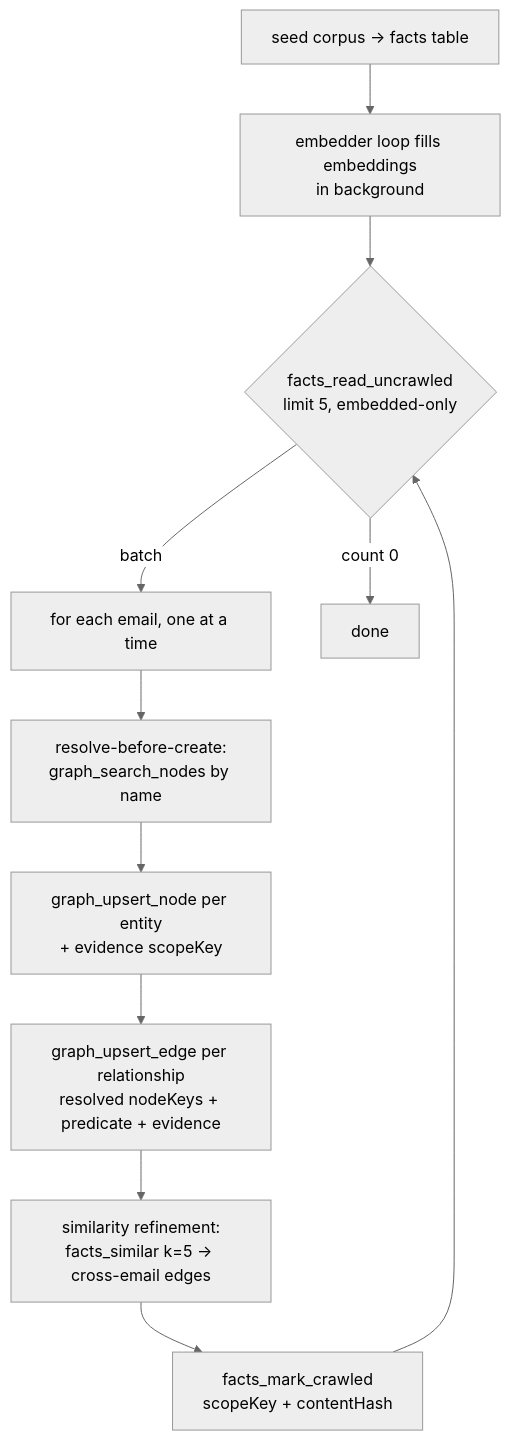
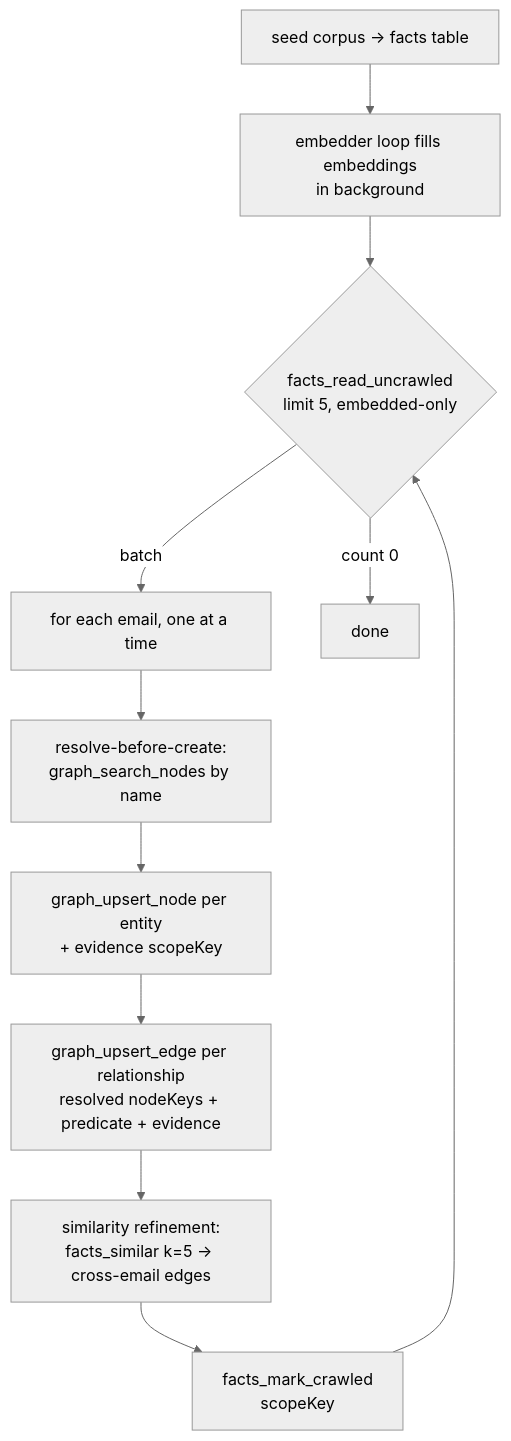
One commit to affandar/PilotSwarm changed the third of 5 diagrams in packages/horizon-store/docs/harvester-and-eval.md. Above: the diagram before and after it, drawn with Mermaid (neutral theme). The commit also changed other lines of this file and 42 other files, not shown here.

````diff
--- a/packages/horizon-store/docs/harvester-and-eval.md
+++ b/packages/horizon-store/docs/harvester-and-eval.md
@@ -165,13 +166,13 @@
 ```mermaid
 flowchart TD
     A[seed corpus → facts table] --> B[embedder loop fills embeddings<br/>in background]
     B --> C{facts_read_uncrawled<br/>limit 5, embedded-only}
     C -->|batch| D[for each email, one at a time]
     D --> E[resolve-before-create:<br/>graph_search_nodes by name]
     E --> F[graph_upsert_node per entity<br/>+ evidence scopeKey]
     F --> G[graph_upsert_edge per relationship<br/>resolved nodeKeys + predicate + evidence]
     G --> H[similarity refinement:<br/>facts_similar k=5 → cross-email edges]
-    H --> I[facts_mark_crawled<br/>scopeKey + contentHash]
+    H --> I[facts_mark_crawled<br/>scopeKey]
     I --> C
     C -->|count 0| Z[done]
 ```
````
